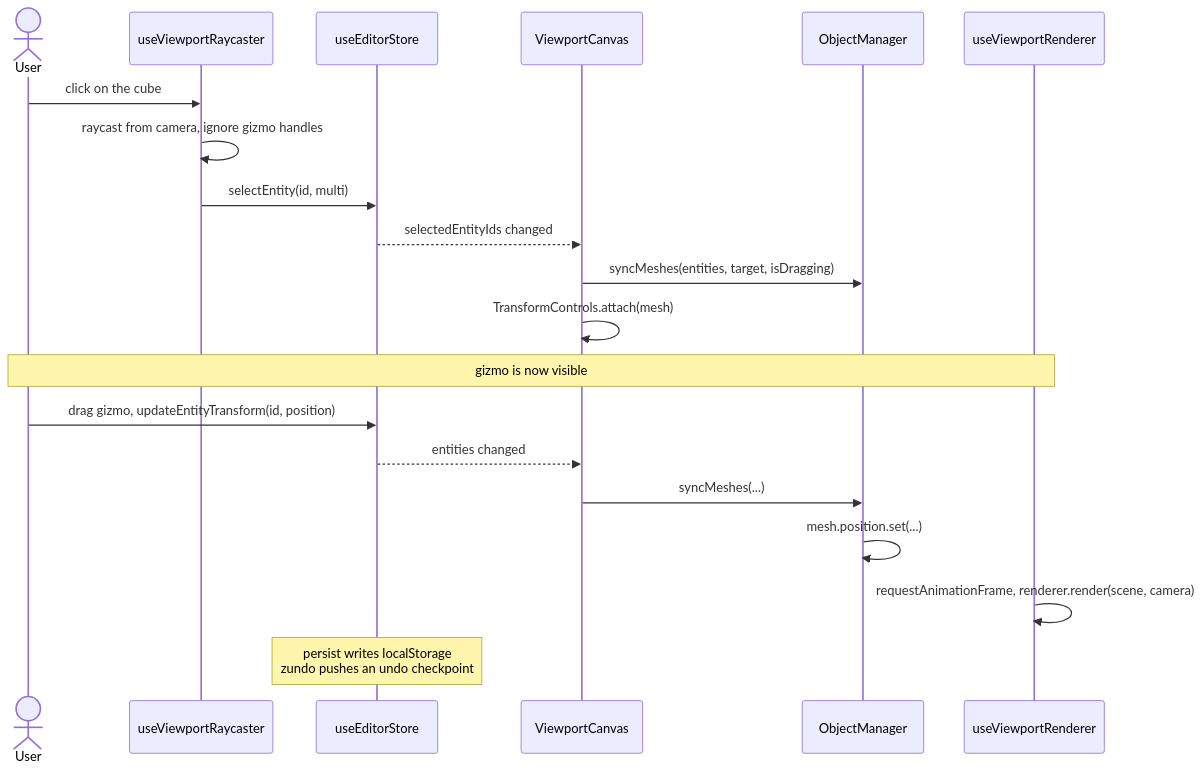
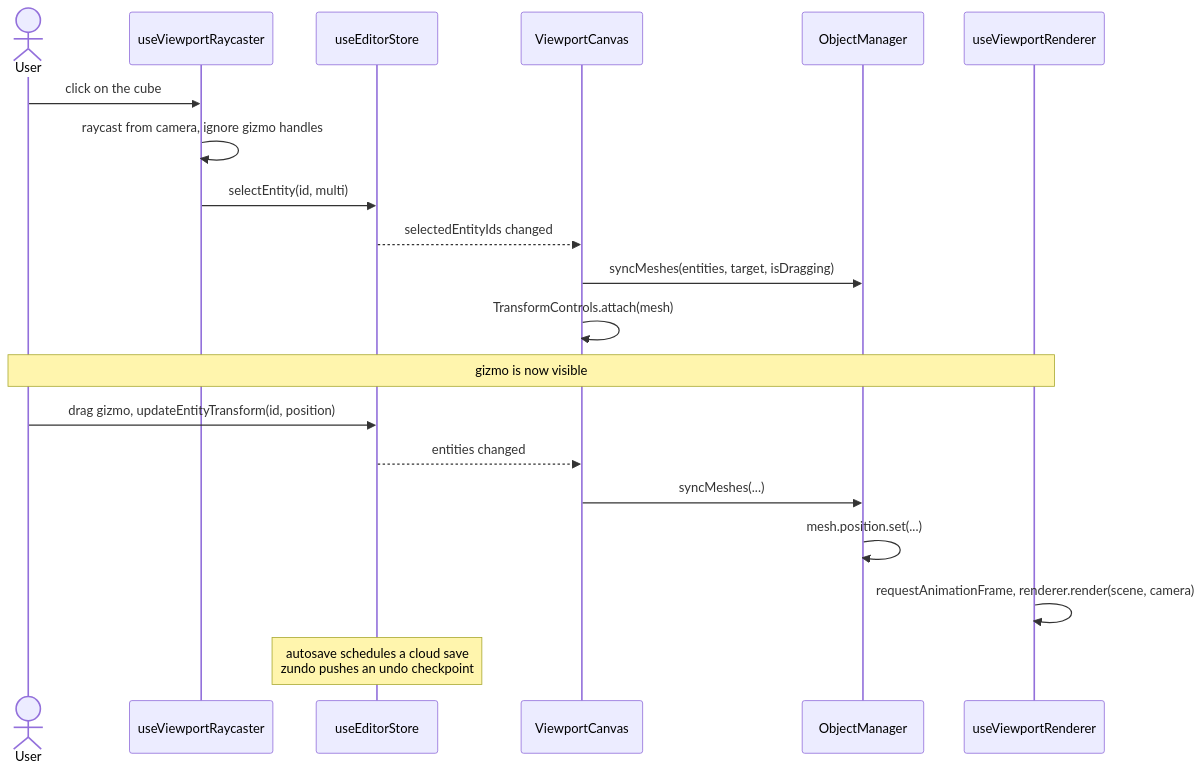
Before and after one commit to The-Agency-at-UF/Libre3D: the third of 3 diagrams in docs/architecture.md, drawn with Mermaid. The commit also changed other lines of this file and 7 other files, not shown here.

First line of the commit message:
docs: document cloud scenes, the scene document, and autosave

````diff
--- a/docs/architecture.md
+++ b/docs/architecture.md
@@ -58,25 +60,25 @@
 ```mermaid
 sequenceDiagram
     actor User
     participant RC as useViewportRaycaster
     participant Store as useEditorStore
     participant VC as ViewportCanvas
     participant OM as ObjectManager
     participant R as useViewportRenderer
 
     User->>RC: click on the cube
     RC->>RC: raycast from camera, ignore gizmo handles
     RC->>Store: selectEntity(id, multi)
 
     Store-->>VC: selectedEntityIds changed
     VC->>OM: syncMeshes(entities, target, isDragging)
     VC->>VC: TransformControls.attach(mesh)
     Note over User,R: gizmo is now visible
 
     User->>Store: drag gizmo, updateEntityTransform(id, position)
     Store-->>VC: entities changed
     VC->>OM: syncMeshes(...)
     OM->>OM: mesh.position.set(...)
     R->>R: requestAnimationFrame, renderer.render(scene, camera)
-    Note over Store: persist writes localStorage<br/>zundo pushes an undo checkpoint
+    Note over Store: autosave schedules a cloud save<br/>zundo pushes an undo checkpoint
 ```
````
